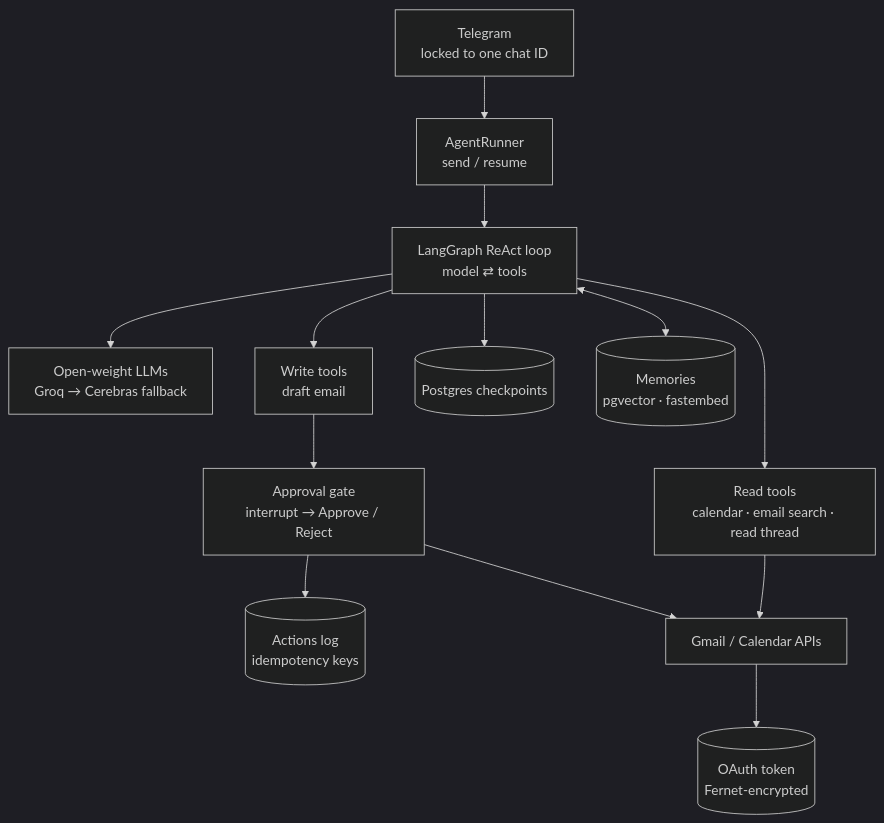
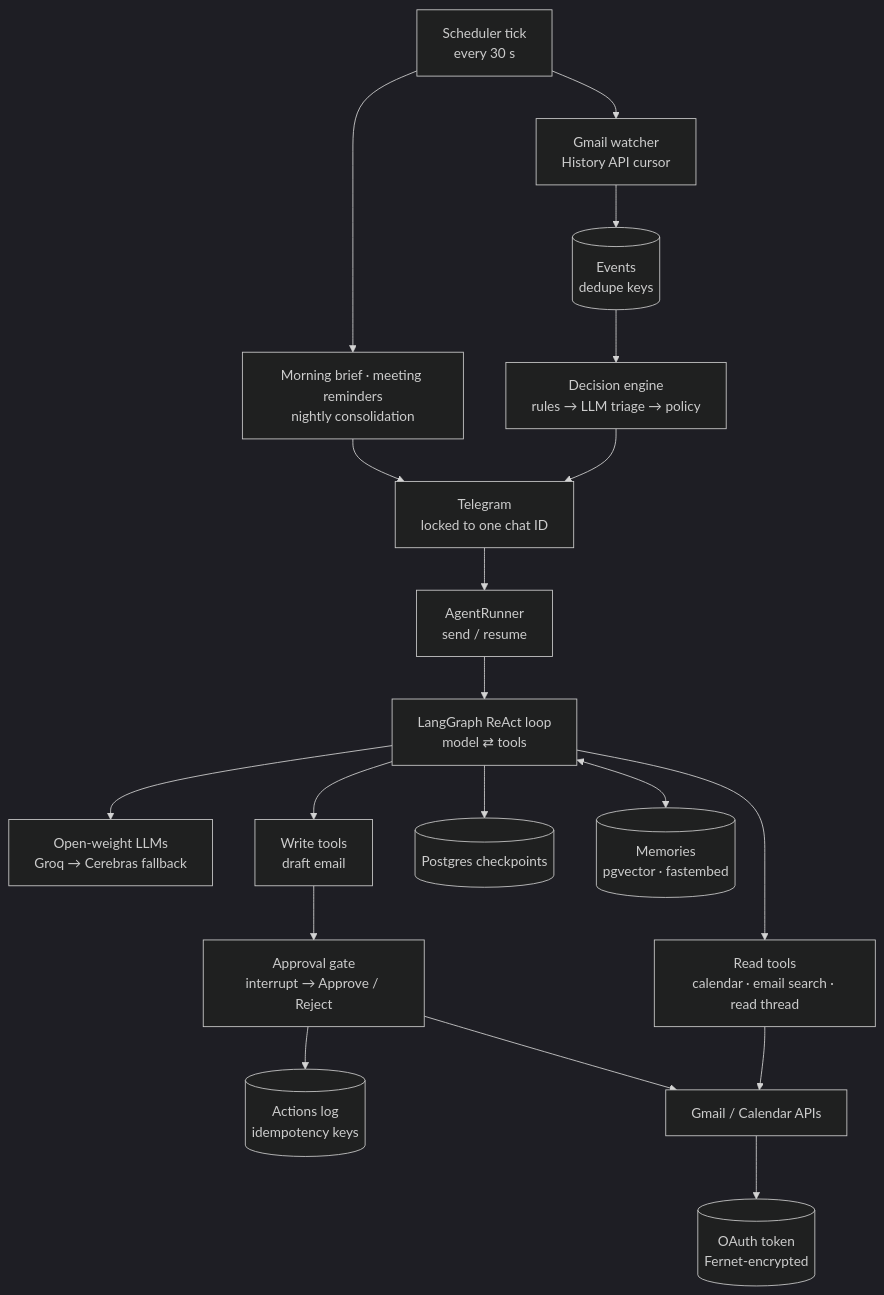
One commit to pranitdeshpande98/fuse changed the diagram in README.md. Above: the diagram before and after it, drawn with Mermaid (dark theme). The commit also changed other lines of this file, not shown here.

````diff
--- a/README.md
+++ b/README.md
@@ -27,15 +30,21 @@
 ```mermaid
 flowchart TD
     TG[Telegram<br/>locked to one chat ID] --> RUN[AgentRunner<br/>send / resume]
     RUN --> G[LangGraph ReAct loop<br/>model ⇄ tools]
     G --> LLM[Open-weight LLMs<br/>Groq → Cerebras fallback]
     G --> R[Read tools<br/>calendar · email search · read thread]
     G --> W[Write tools<br/>draft email]
     W --> GATE[Approval gate<br/>interrupt → Approve / Reject]
     GATE --> LOG[(Actions log<br/>idempotency keys)]
     G --> CP[(Postgres checkpoints)]
     G <--> MEM[(Memories<br/>pgvector · fastembed)]
+    SCH[Scheduler tick<br/>every 30 s] --> WATCH[Gmail watcher<br/>History API cursor]
+    WATCH --> EV[(Events<br/>dedupe keys)]
+    EV --> DEC[Decision engine<br/>rules → LLM triage → policy]
+    DEC --> TG
+    SCH --> BRIEF[Morning brief · meeting reminders<br/>nightly consolidation]
+    BRIEF --> TG
     R --> GOOG[Gmail / Calendar APIs]
     GATE --> GOOG
     GOOG --> TOK[(OAuth token<br/>Fernet-encrypted)]
 ```
````
